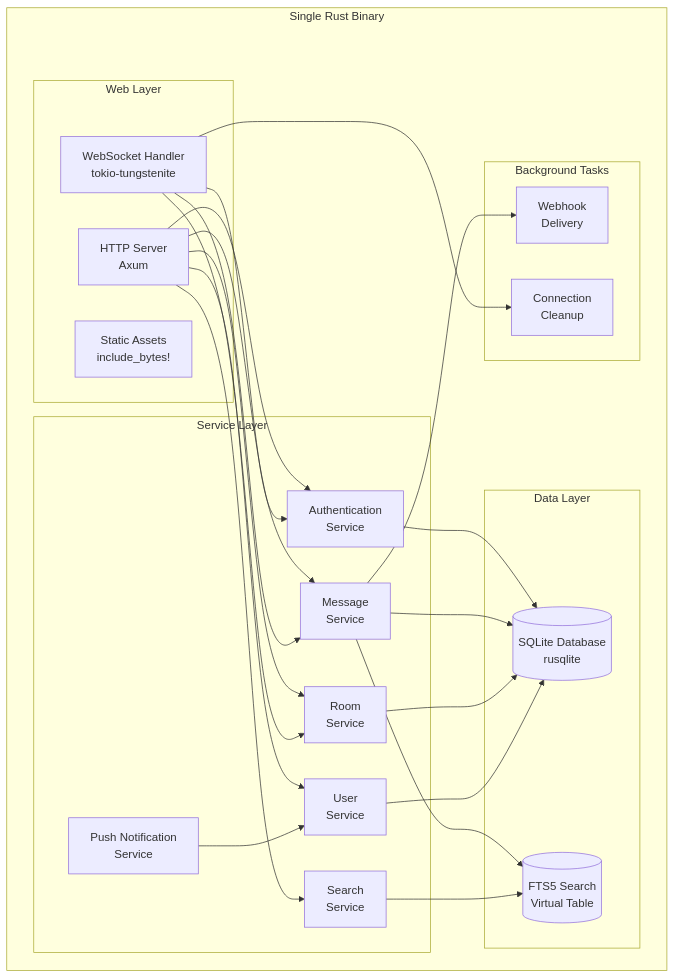
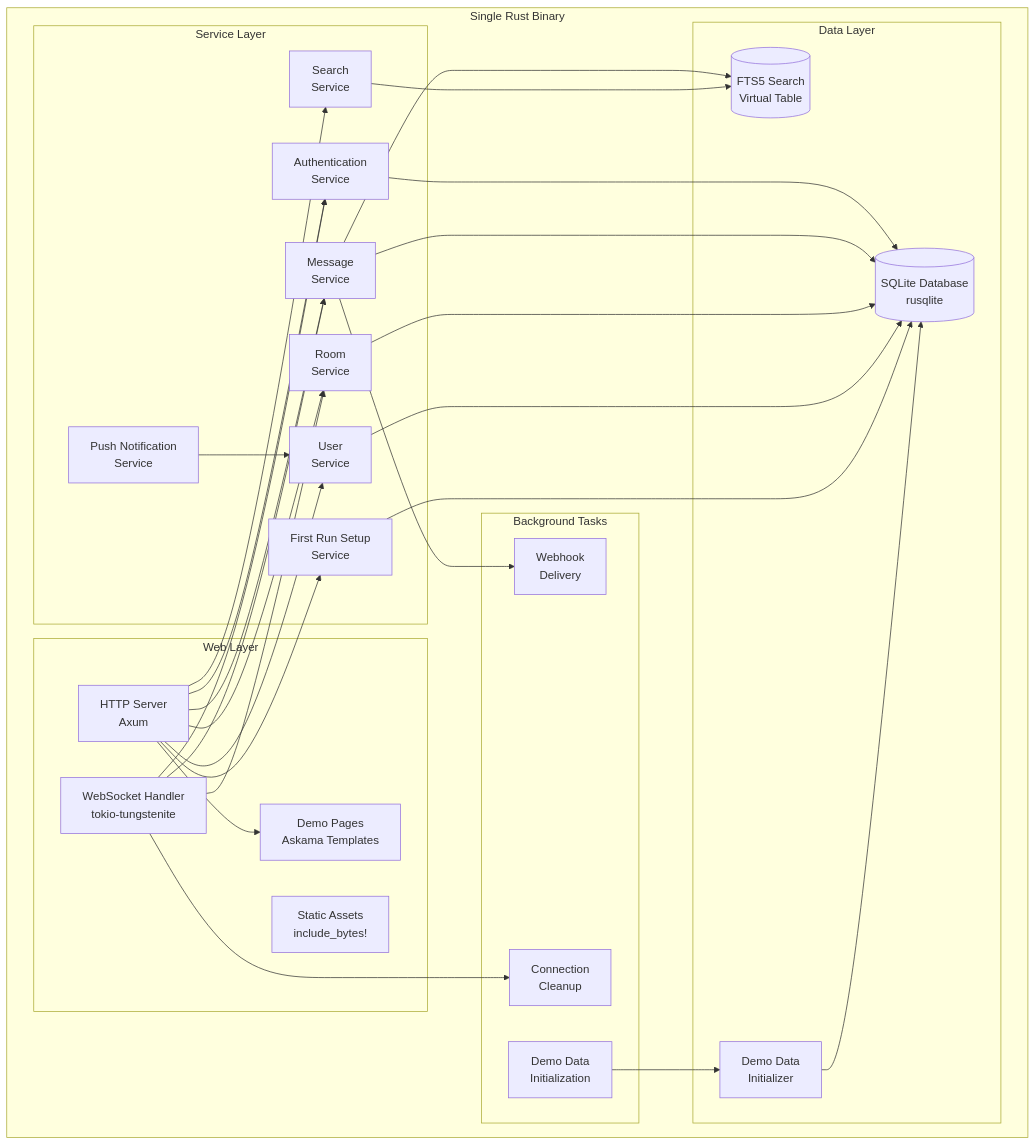
The first of 2 diagrams in .kiro/specs/campfire-rust-rewrite/design.md (that-in-rust/campfire-on-rust), drawn with Mermaid before and after one commit. The commit also changed other lines of this file and 1 other file, not shown here.

````diff
--- a/.kiro/specs/campfire-rust-rewrite/design.md
+++ b/.kiro/specs/campfire-rust-rewrite/design.md
@@ -21,51 +21,60 @@
 ```mermaid
 graph TB
     subgraph "Single Rust Binary"
         subgraph "Web Layer"
             HTTP[HTTP Server<br/>Axum]
             WS[WebSocket Handler<br/>tokio-tungstenite]
             STATIC[Static Assets<br/>include_bytes!]
+            DEMO[Demo Pages<br/>Askama Templates]
         end
         
         subgraph "Service Layer"
             AUTH[Authentication<br/>Service]
             MSG[Message<br/>Service]
             ROOM[Room<br/>Service]
             USER[User<br/>Service]
             SEARCH[Search<br/>Service]
             PUSH[Push Notification<br/>Service]
+            SETUP[First Run Setup<br/>Service]
         end
         
         subgraph "Data Layer"
             DB[(SQLite Database<br/>rusqlite)]
             FTS[(FTS5 Search<br/>Virtual Table)]
+            DEMO_DATA[Demo Data<br/>Initializer]
         end
         
         subgraph "Background Tasks"
             WEBHOOK[Webhook<br/>Delivery]
             CLEANUP[Connection<br/>Cleanup]
+            DEMO_INIT[Demo Data<br/>Initialization]
         end
     end
     
     HTTP --> AUTH
     HTTP --> MSG
     HTTP --> ROOM
     HTTP --> USER
     HTTP --> SEARCH
+    HTTP --> SETUP
+    HTTP --> DEMO
     
     WS --> MSG
     WS --> ROOM
     WS --> AUTH
     
     AUTH --> DB
     MSG --> DB
     MSG --> FTS
     ROOM --> DB
     USER --> DB
     SEARCH --> FTS
+    SETUP --> DB
     
     MSG --> WEBHOOK
     WS --> CLEANUP
+    DEMO_INIT --> DEMO_DATA
+    DEMO_DATA --> DB
     
     PUSH --> USER
 ```
````
